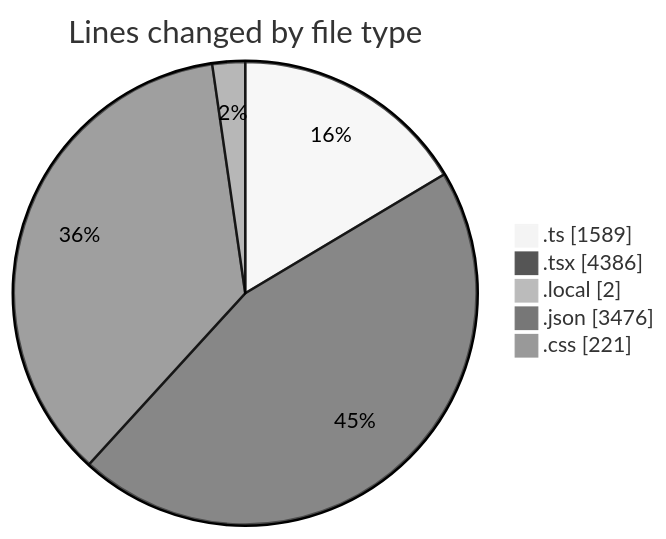
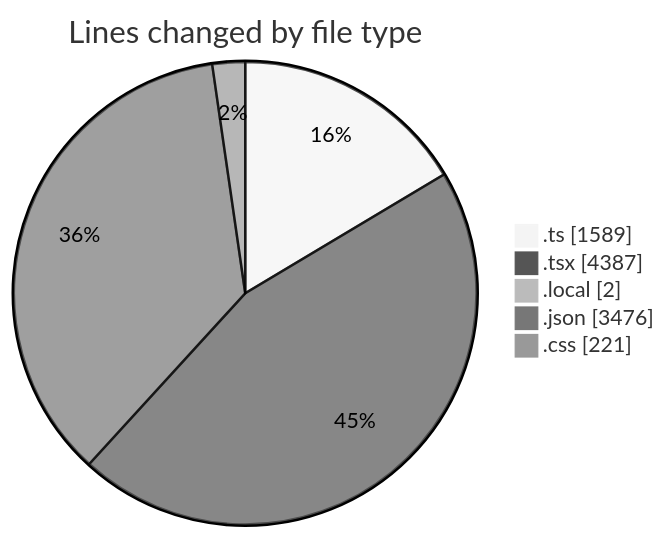
Before and after one commit to julien-gomy/code-tracking: the first of 2 diagrams in 2025-10-28/eventscop-frontend-guide__workspace_/README.md, drawn with Mermaid (neutral theme). The commit also changed other lines of this file and 1 other file, not shown here.

````diff
--- a/2025-10-28/eventscop-frontend-guide__workspace_/README.md
+++ b/2025-10-28/eventscop-frontend-guide__workspace_/README.md
@@ -53,9 +53,9 @@
 ```mermaid
 pie showData
 title Lines changed by file type
 ".ts" : 1589
-".tsx" : 4386
+".tsx" : 4387
 ".local" : 2
 ".json" : 3476
 ".css" : 221
 ```
````
